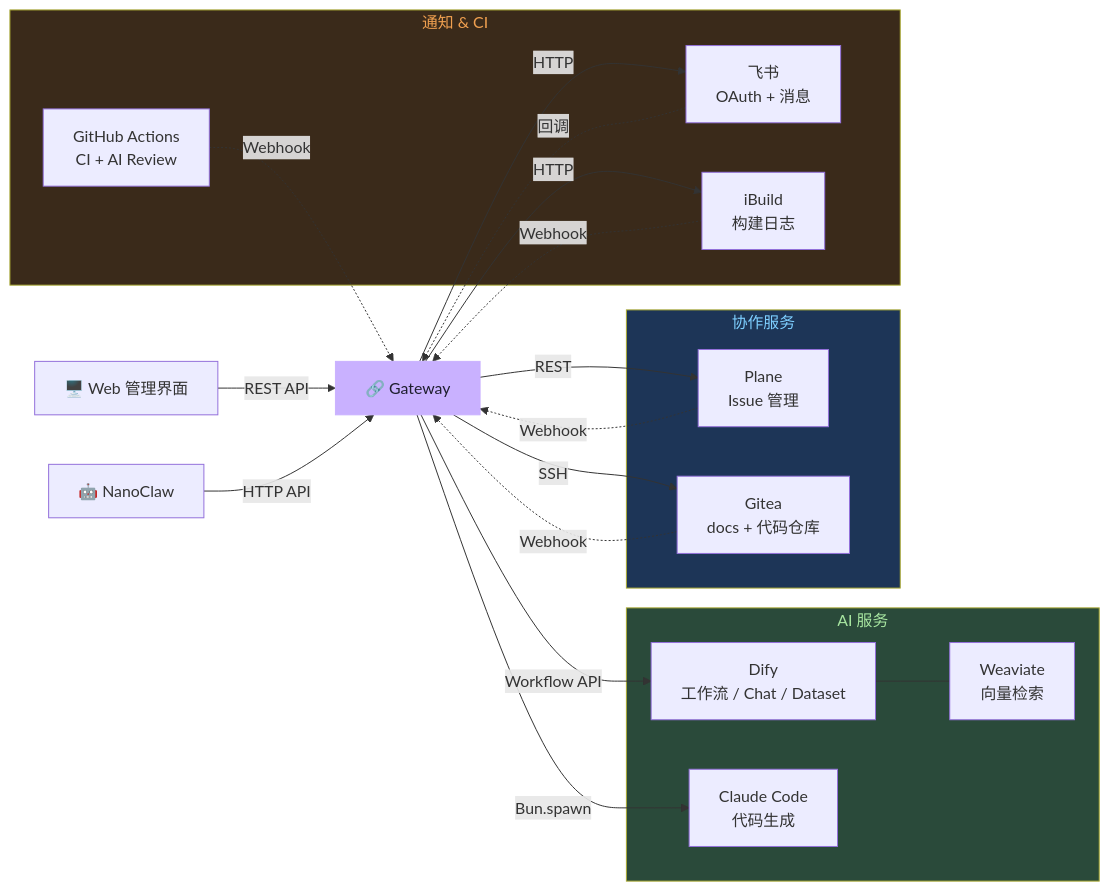
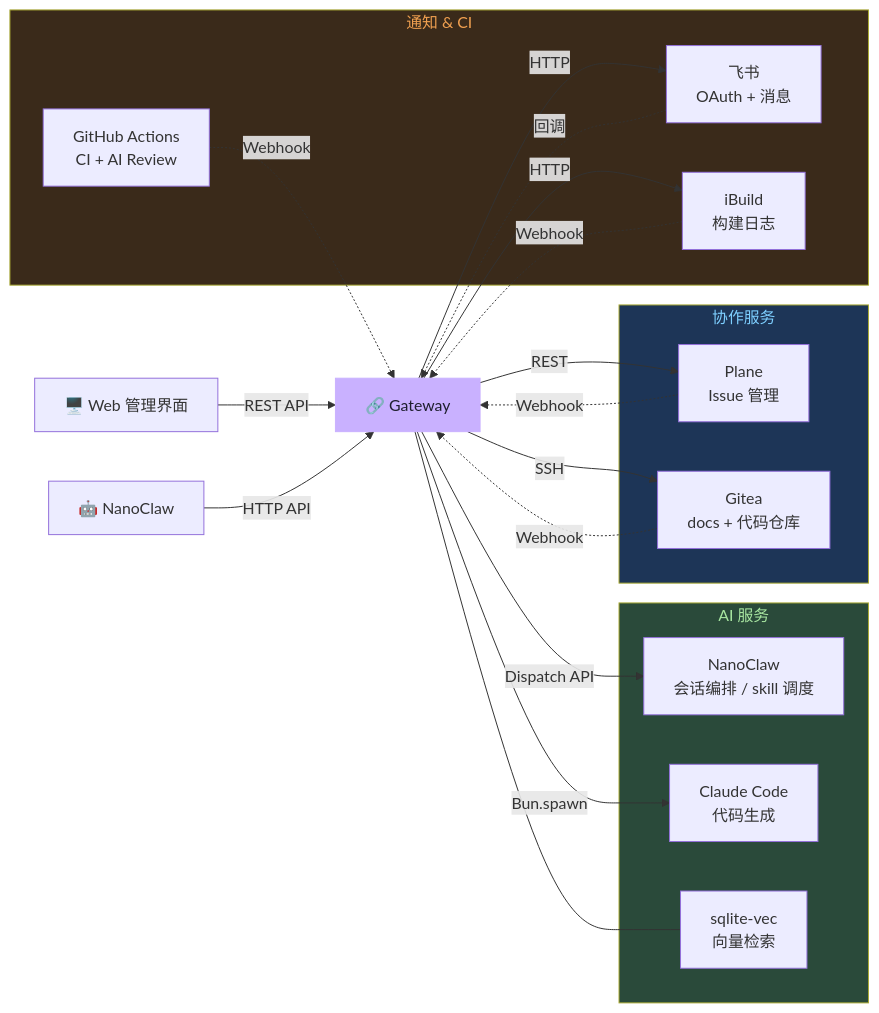
The third of 3 diagrams in README.md (ssyamv/ArcFlow), drawn with Mermaid before and after one commit. The commit also changed other lines of this file and 4 other files, not shown here.

````diff
--- a/README.md
+++ b/README.md
@@ -91,43 +91,43 @@
 ```mermaid
 graph LR
     Web["🖥️ Web 管理界面"]
     GW["🔗 Gateway"]
     NC["🤖 NanoClaw"]
 
     subgraph AI["AI 服务"]
-        Dify["Dify<br/>工作流 / Chat / Dataset"]
+        NCWorker["NanoClaw<br/>会话编排 / skill 调度"]
         CC["Claude Code<br/>代码生成"]
-        WV["Weaviate<br/>向量检索"]
+        Vec["sqlite-vec<br/>向量检索"]
     end
 
     subgraph Collab["协作服务"]
         Plane["Plane<br/>Issue 管理"]
         Git["Gitea<br/>docs + 代码仓库"]
     end
 
     subgraph Notify["通知 & CI"]
         FS["飞书<br/>OAuth + 消息"]
         GH["GitHub Actions<br/>CI + AI Review"]
         IB["iBuild<br/>构建日志"]
     end
 
     Web -->|"REST API"| GW
     NC -->|"HTTP API"| GW
-    GW -->|"Workflow API"| Dify
+    GW -->|"Dispatch API"| NCWorker
     GW -->|"Bun.spawn"| CC
     GW -->|"REST"| Plane
     GW -->|"SSH"| Git
     GW -->|"HTTP"| FS
     GW -->|"HTTP"| IB
-    Dify --- WV
+    GW --- Vec
     Plane -.->|"Webhook"| GW
     Git -.->|"Webhook"| GW
     FS -.->|"回调"| GW
     IB -.->|"Webhook"| GW
     GH -.->|"Webhook"| GW
 
     style GW fill:#c9b1ff,stroke:#c9b1ff,color:#1e1e2e
     style AI fill:#2a4a3a,color:#a8e6a1
     style Collab fill:#1d3557,color:#7ecfff
     style Notify fill:#3a2a1a,color:#f0a050
 ```
````
